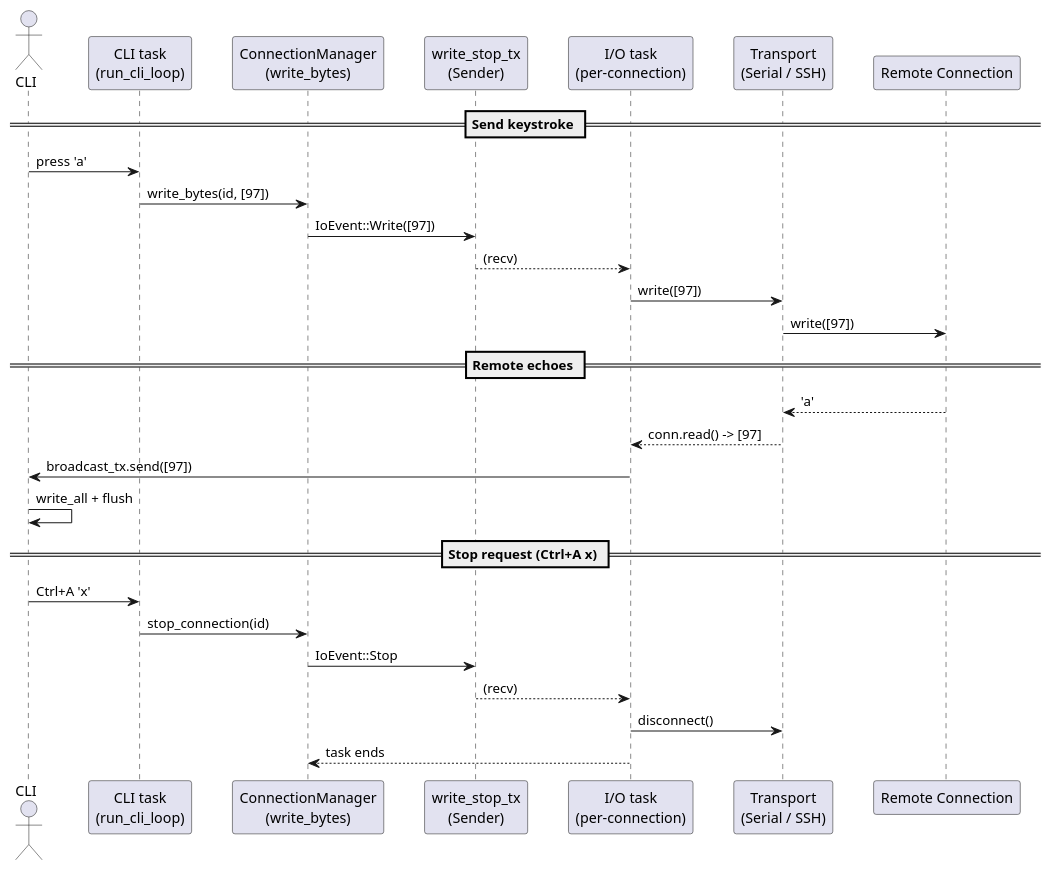
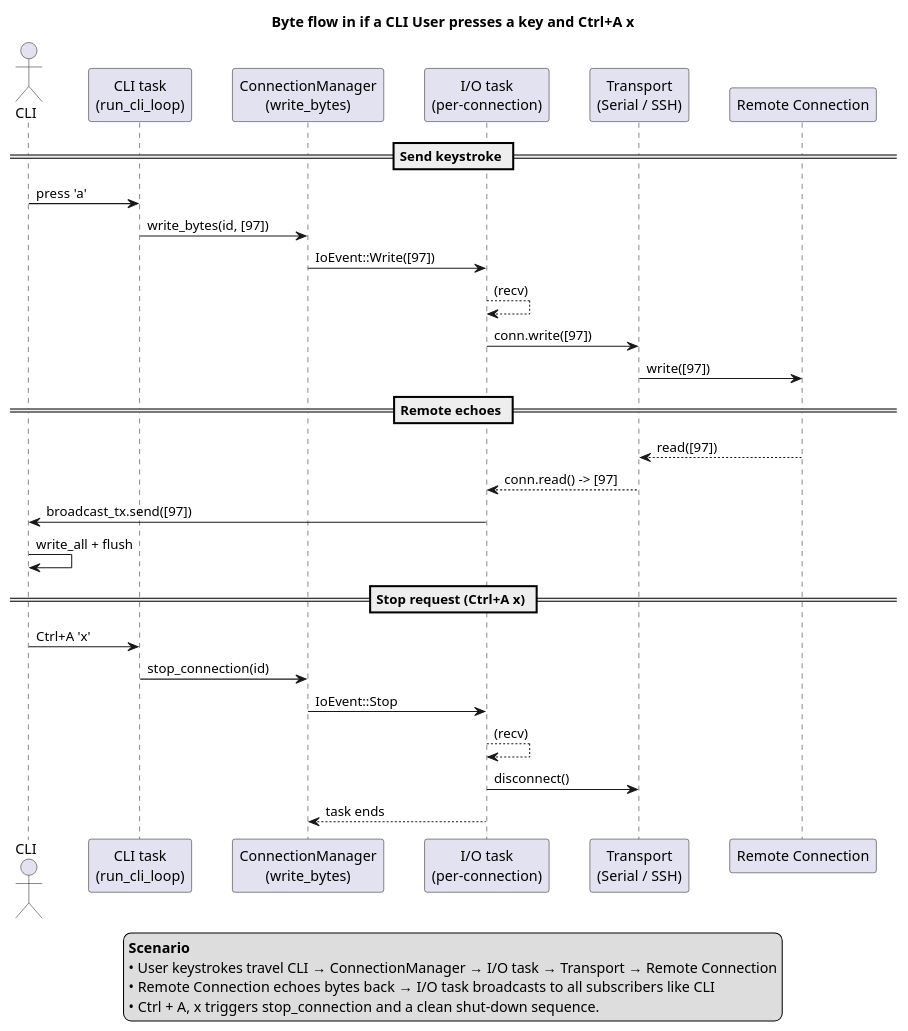
Before and after one commit to simon-rechermann/putty_rs_async: the diagram in docs/puml/message_sequence.puml, drawn with PlantUML.

```diff
--- a/docs/puml/message_sequence.puml
+++ b/docs/puml/message_sequence.puml
@@ -1,32 +1,40 @@
-@startuml Byte Flow
+@startuml Byte_Flow
+title Byte flow in if a CLI User presses a key and Ctrl+A x
+
 skinparam participantPadding 15
 actor CLI            as U
 participant "CLI task\n(run_cli_loop)"          as CLI
 participant "ConnectionManager\n(write_bytes)" as CM
-participant "write_stop_tx\n(Sender)"          as CtrlTx
 participant "I/O task\n(per‑connection)"       as IO
 participant "Transport\n(Serial / SSH)"        as TR
 participant "Remote Connection"                      as REM
 
 == Send keystroke ==
 U  -> CLI   : press 'a'
 CLI -> CM   : write_bytes(id, [97])
-CM  -> CtrlTx : IoEvent::Write([97])
-CtrlTx --> IO : (recv)
-IO  -> TR   : write([97])
+CM  -> IO : IoEvent::Write([97])
+IO --> IO : (recv)
+IO  -> TR   : conn.write([97])
 TR  -> REM   : write([97])
 
 == Remote echoes ==
-REM --> TR  : 'a'
+REM --> TR  : read([97])
 TR --> IO   : conn.read() -> [97]
 IO  -> U : broadcast_tx.send([97])
 U  -> U   : write_all + flush
 
 == Stop request (Ctrl+A x) ==
 U  -> CLI   : Ctrl+A 'x'
 CLI -> CM   : stop_connection(id)
-CM  -> CtrlTx : IoEvent::Stop
-CtrlTx --> IO : (recv)
+CM  -> IO : IoEvent::Stop
+IO --> IO : (recv)
 IO  -> TR   : disconnect()
 IO  --> CM  : task ends
+
+legend bottom
+  **Scenario**
+  • User keystrokes travel CLI → ConnectionManager → I/O task → Transport → Remote Connection
+  • Remote Connection echoes bytes back → I/O task broadcasts to all subscribers like CLI 
+  • Ctrl + A, x triggers stop_connection and a clean shut-down sequence.
+endlegend
 @enduml
```
